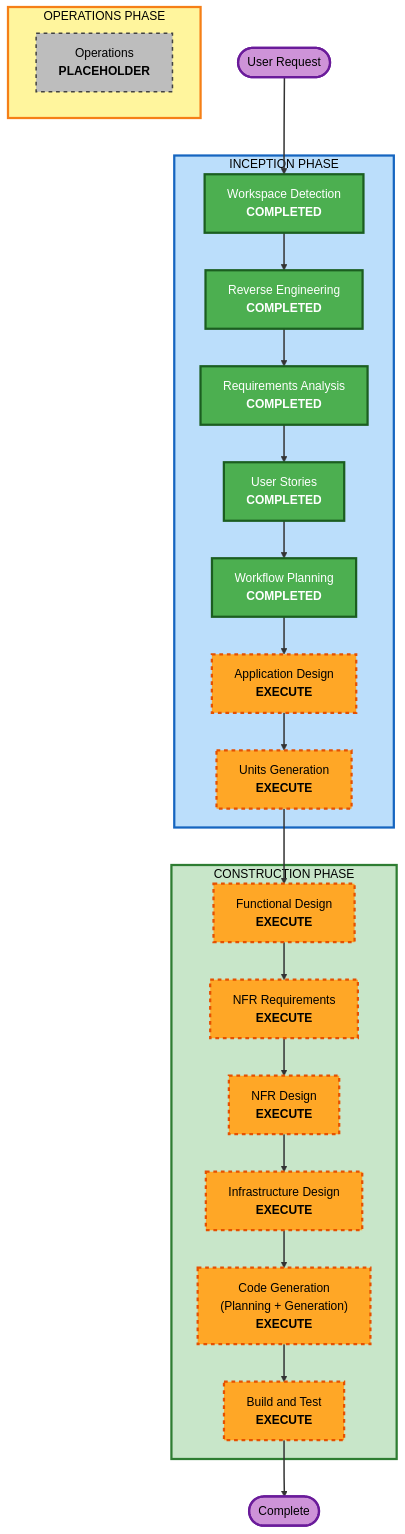
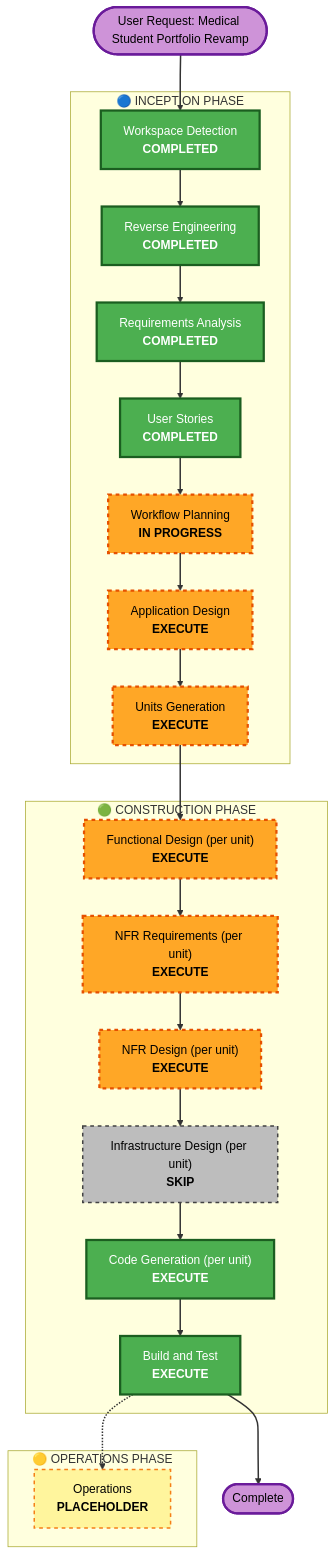
The first of 5 diagrams in aidlc-docs/inception/plans/execution-plan.md (StratusNebulosus/StratusNebulosus.github.io), drawn with Mermaid before and after one commit. The commit also changed other lines of this file and 299 other files, not shown here.

````diff
--- a/aidlc-docs/inception/plans/execution-plan.md
+++ b/aidlc-docs/inception/plans/execution-plan.md
@@ -100,64 +46,50 @@
 ```mermaid
 flowchart TD
-    Start(["User Request"])
+    Start(["User Request: Medical Student Portfolio Revamp"])
 
-    subgraph INCEPTION["INCEPTION PHASE"]
+    subgraph INCEPTION["🔵 INCEPTION PHASE"]
         WD["Workspace Detection<br/><b>COMPLETED</b>"]
         RE["Reverse Engineering<br/><b>COMPLETED</b>"]
         RA["Requirements Analysis<br/><b>COMPLETED</b>"]
         US["User Stories<br/><b>COMPLETED</b>"]
-        WP["Workflow Planning<br/><b>COMPLETED</b>"]
+        WP["Workflow Planning<br/><b>IN PROGRESS</b>"]
         AD["Application Design<br/><b>EXECUTE</b>"]
-        UG["Units Generation<br/><b>EXECUTE</b>"]
+        UP["Units Generation<br/><b>EXECUTE</b>"]
     end
 
-    subgraph CONSTRUCTION["CONSTRUCTION PHASE"]
-        FD["Functional Design<br/><b>EXECUTE</b>"]
-        NFRA["NFR Requirements<br/><b>EXECUTE</b>"]
-        NFRD["NFR Design<br/><b>EXECUTE</b>"]
-        ID["Infrastructure Design<br/><b>EXECUTE</b>"]
-        CG["Code Generation<br/>(Planning + Generation)<br/><b>EXECUTE</b>"]
+    subgraph CONSTRUCTION["🟢 CONSTRUCTION PHASE"]
+        FD["Functional Design (per unit)<br/><b>EXECUTE</b>"]
+        NFRA["NFR Requirements (per unit)<br/><b>EXECUTE</b>"]
+        NFRD["NFR Design (per unit)<br/><b>EXECUTE</b>"]
+        ID["Infrastructure Design (per unit)<br/><b>SKIP</b>"]
+        CG["Code Generation (per unit)<br/><b>EXECUTE</b>"]
         BT["Build and Test<br/><b>EXECUTE</b>"]
     end
 
-    subgraph OPERATIONS["OPERATIONS PHASE"]
+    subgraph OPERATIONS["🟡 OPERATIONS PHASE"]
         OPS["Operations<br/><b>PLACEHOLDER</b>"]
     end
 
-    Start --> WD
-    WD --> RE
-    RE --> RA
-    RA --> US
-    US --> WP
-    WP --> AD
-    AD --> UG
-    UG --> FD
-    FD --> NFRA
-    NFRA --> NFRD
-    NFRD --> ID
-    ID --> CG
-    CG --> BT
-    BT --> End(["Complete"])
+    Start --> WD --> RE --> RA --> US --> WP --> AD --> UP
+    UP --> FD --> NFRA --> NFRD --> ID --> CG --> BT --> End(["Complete"])
+    BT -.-> OPS
 
     style WD fill:#4CAF50,stroke:#1B5E20,stroke-width:3px,color:#fff
     style RE fill:#4CAF50,stroke:#1B5E20,stroke-width:3px,color:#fff
     style RA fill:#4CAF50,stroke:#1B5E20,stroke-width:3px,color:#fff
     style US fill:#4CAF50,stroke:#1B5E20,stroke-width:3px,color:#fff
-    style WP fill:#4CAF50,stroke:#1B5E20,stroke-width:3px,color:#fff
+    style WP fill:#FFA726,stroke:#E65100,stroke-width:3px,stroke-dasharray: 5 5,color:#000
     style AD fill:#FFA726,stroke:#E65100,stroke-width:3px,stroke-dasharray: 5 5,color:#000
-    style UG fill:#FFA726,stroke:#E65100,stroke-width:3px,stroke-dasharray: 5 5,color:#000
+    style UP fill:#FFA726,stroke:#E65100,stroke-width:3px,stroke-dasharray: 5 5,color:#000
     style FD fill:#FFA726,stroke:#E65100,stroke-width:3px,stroke-dasharray: 5 5,color:#000
     style NFRA fill:#FFA726,stroke:#E65100,stroke-width:3px,stroke-dasharray: 5 5,color:#000
     style NFRD fill:#FFA726,stroke:#E65100,stroke-width:3px,stroke-dasharray: 5 5,color:#000
-    style ID fill:#FFA726,stroke:#E65100,stroke-width:3px,stroke-dasharray: 5 5,color:#000
-    style CG fill:#FFA726,stroke:#E65100,stroke-width:3px,stroke-dasharray: 5 5,color:#000
-    style BT fill:#FFA726,stroke:#E65100,stroke-width:3px,stroke-dasharray: 5 5,color:#000
-    style OPS fill:#BDBDBD,stroke:#424242,stroke-width:2px,stroke-dasharray: 5 5,color:#000
+    style ID fill:#BDBDBD,stroke:#424242,stroke-width:2px,stroke-dasharray: 5 5,color:#000
+    style CG fill:#4CAF50,stroke:#1B5E20,stroke-width:3px,color:#fff
+    style BT fill:#4CAF50,stroke:#1B5E20,stroke-width:3px,color:#fff
+    style OPS fill:#FFF59D,stroke:#F57F17,stroke-width:2px,stroke-dasharray: 5 5,color:#000
     style Start fill:#CE93D8,stroke:#6A1B9A,stroke-width:3px,color:#000
     style End fill:#CE93D8,stroke:#6A1B9A,stroke-width:3px,color:#000
-    style INCEPTION fill:#BBDEFB,stroke:#1565C0,stroke-width:3px,color:#000
-    style CONSTRUCTION fill:#C8E6C9,stroke:#2E7D32,stroke-width:3px,color:#000
-    style OPERATIONS fill:#FFF59D,stroke:#F57F17,stroke-width:3px,color:#000
 
     linkStyle default stroke:#333,stroke-width:2px
 ```
````
